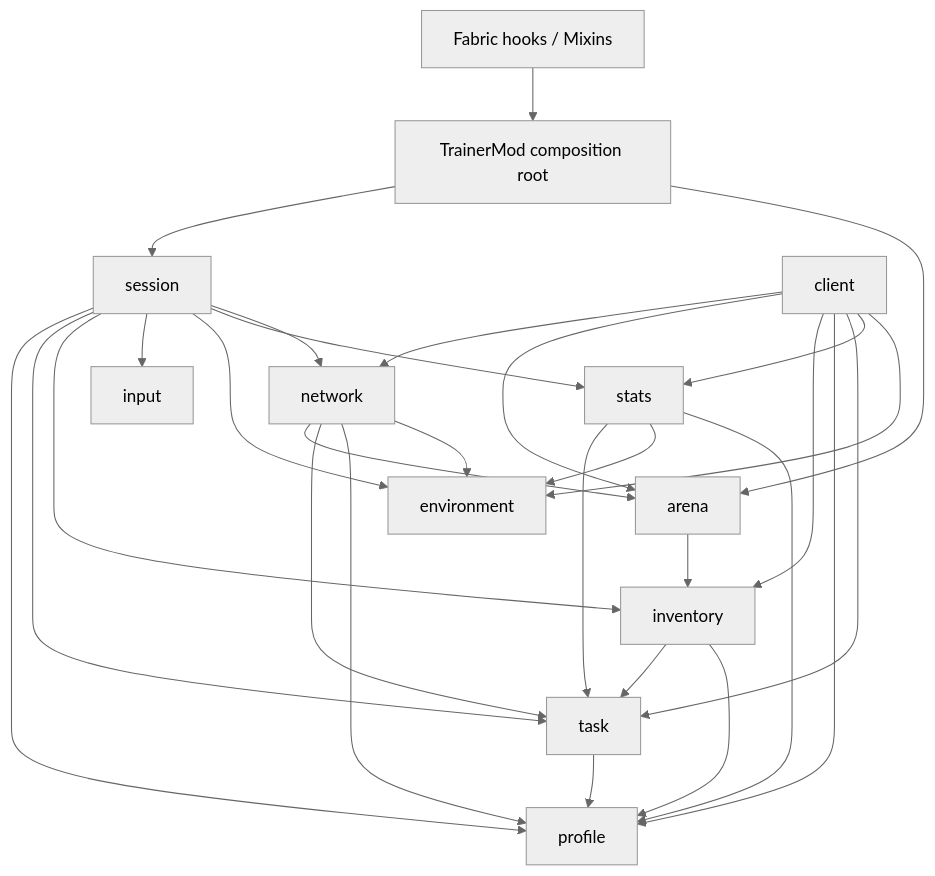
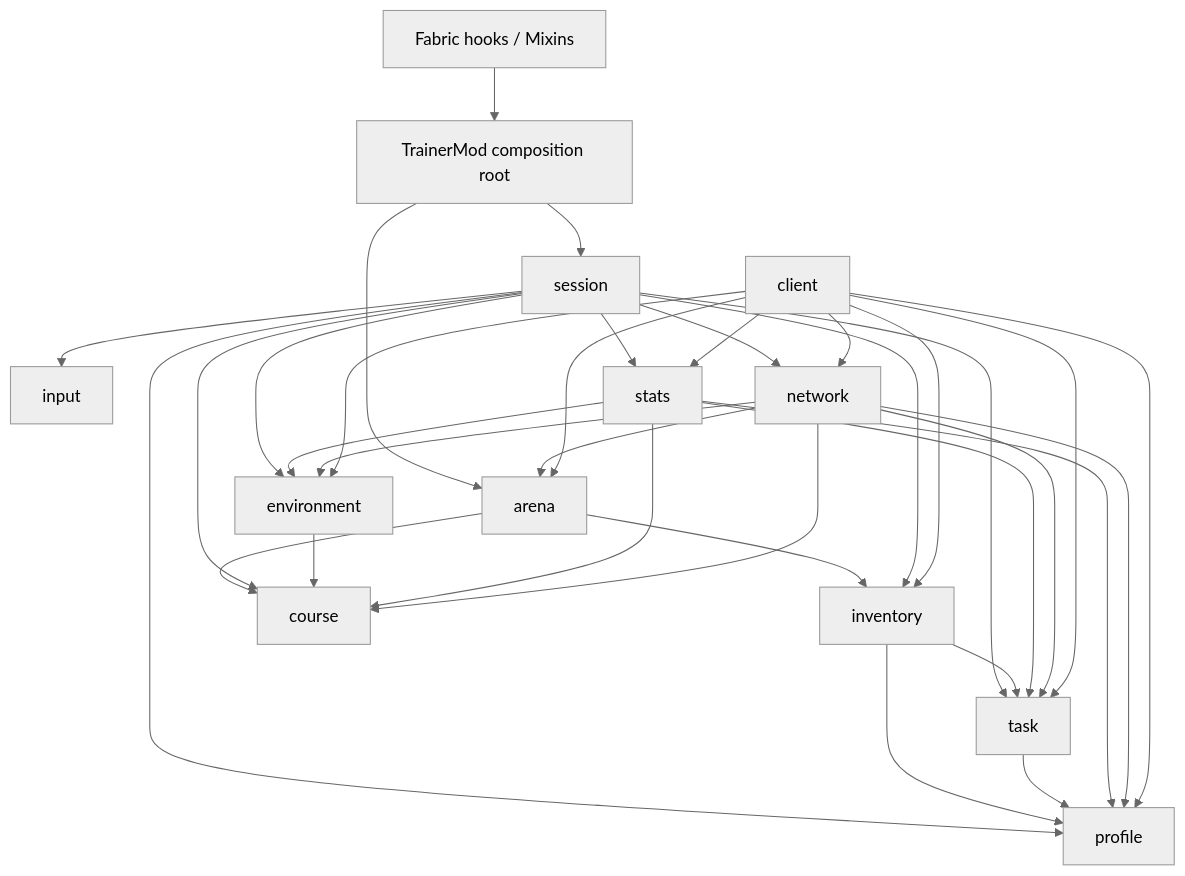
The diagram in docs/architecture.md (giltram/minecraft_swapping_practice), drawn with Mermaid (neutral theme) before and after one commit. The commit also changed other lines of this file and 85 other files, not shown here.

````diff
--- a/docs/architecture.md
+++ b/docs/architecture.md
@@ -56,31 +57,36 @@
 ```mermaid
 flowchart TD
   Hooks[Fabric hooks / Mixins] --> Root[TrainerMod composition root]
   Root --> Sessions[session]
   Root --> Arena[arena]
   Arena --> Inventory[inventory]
+  Arena --> Course[course]
   Sessions --> Profiles[profile]
   Sessions --> Tasks[task]
   Sessions --> Inventory[inventory]
   Sessions --> Input[input]
   Sessions --> Environment[environment]
+  Sessions --> Course
+  Environment --> Course
   Sessions --> Stats[stats]
   Sessions --> Network[network]
   Inventory --> Tasks
   Inventory --> Profiles
   Tasks --> Profiles
   Stats --> Tasks
   Stats --> Environment
+  Stats --> Course
   Stats --> Profiles
   Network --> Arena
   Network --> Tasks
   Network --> Profiles
   Network --> Environment
+  Network --> Course
   Client[client] --> Network
   Client --> Arena
   Client --> Inventory
   Client --> Profiles
   Client --> Tasks
   Client --> Stats
   Client --> Environment
 ```
````
